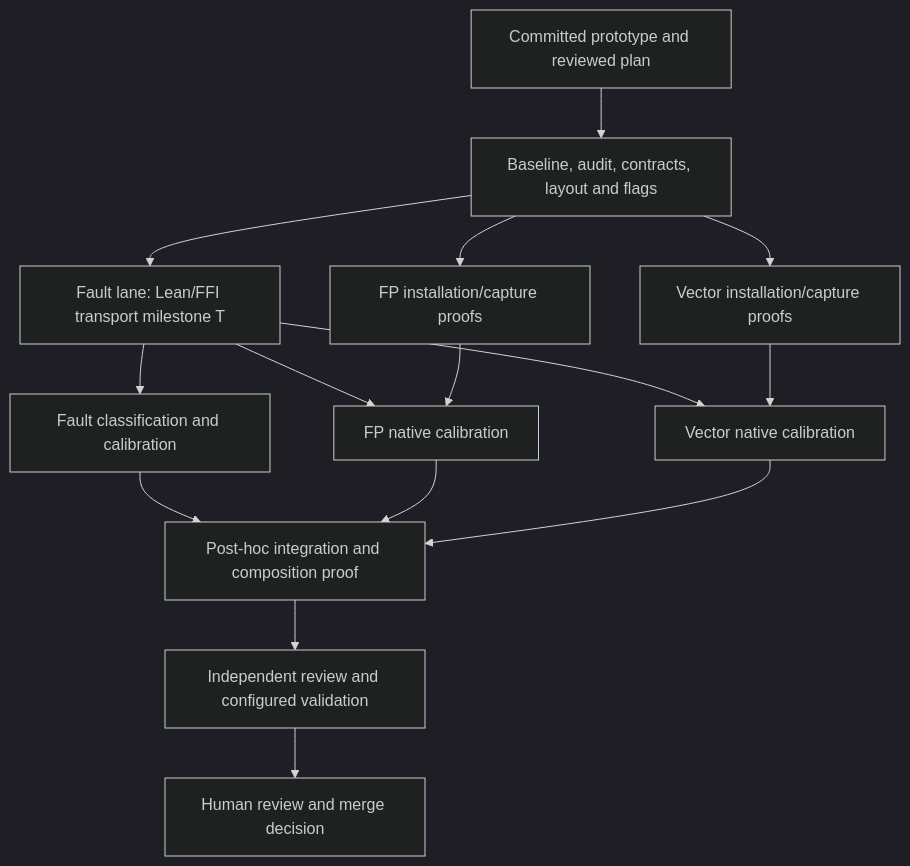
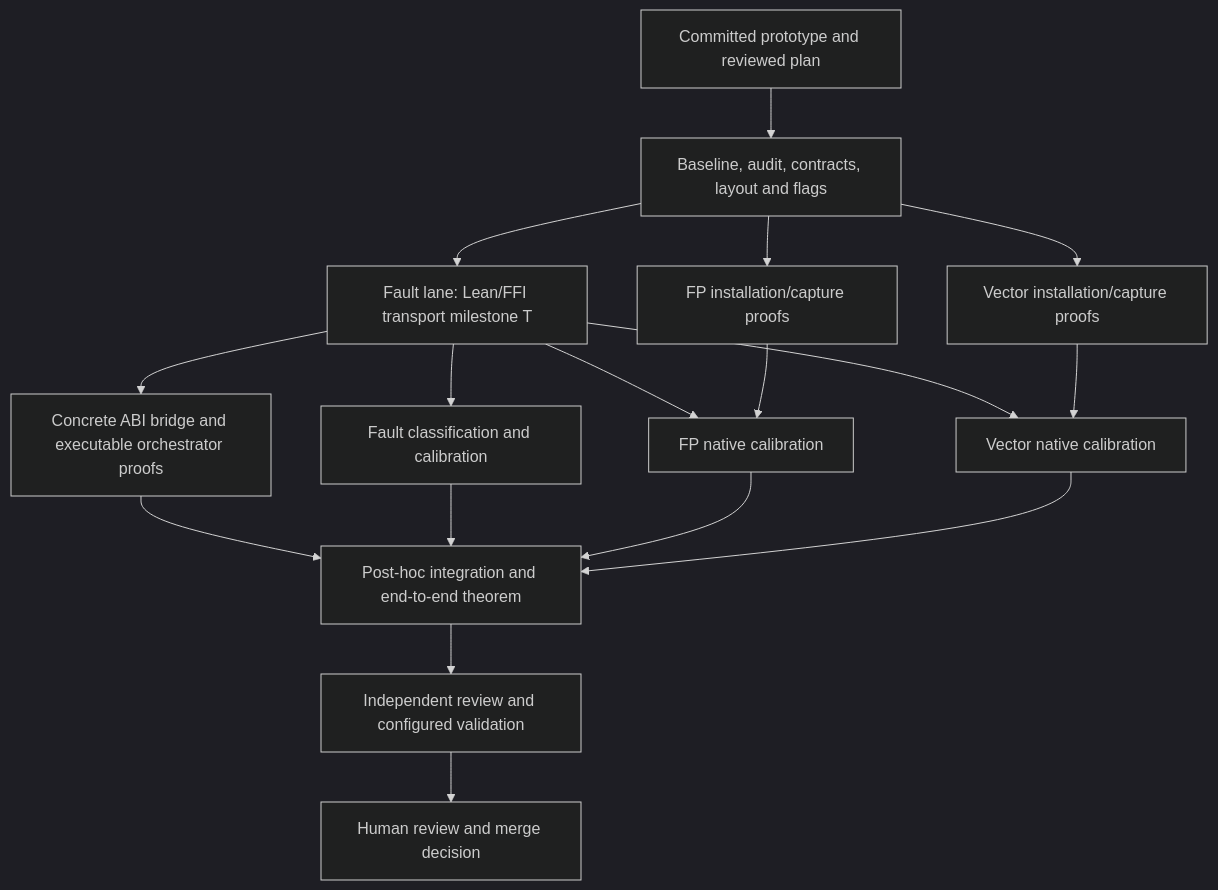
The diagram in experiments/mov_observer/PLAN.md (heartpunk/wruh), drawn with Mermaid (dark theme) before and after one commit. The commit also changed other lines of this file and 1 other file, not shown here.

Commit message:
Specify the observer end-to-end ABI refinement goal for review

````diff
--- a/experiments/mov_observer/PLAN.md
+++ b/experiments/mov_observer/PLAN.md
@@ -32,17 +35,19 @@
 ```mermaid
 flowchart TD
   R[Committed prototype and reviewed plan] --> C[Baseline, audit, contracts, layout and flags]
   C --> F[Fault lane: Lean/FFI transport milestone T]
   C --> P[FP installation/capture proofs]
   C --> V[Vector installation/capture proofs]
+  F --> B[Concrete ABI bridge and executable orchestrator proofs]
   F --> FC[Fault classification and calibration]
   F --> PC[FP native calibration]
   P --> PC
   F --> VC[Vector native calibration]
   V --> VC
-  FC --> I[Post-hoc integration and composition proof]
+  B --> I[Post-hoc integration and end-to-end theorem]
+  FC --> I
   PC --> I
   VC --> I
   I --> Q[Independent review and configured validation]
   Q --> H[Human review and merge decision]
 ```
````
